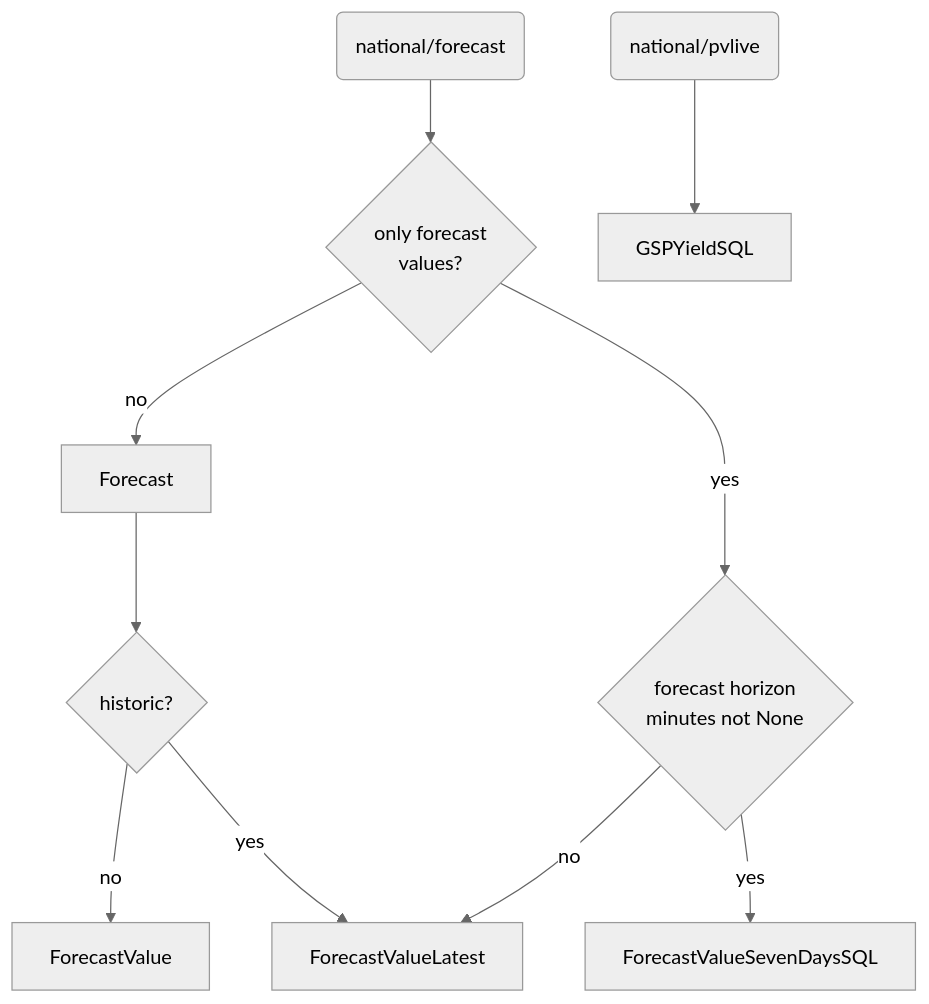
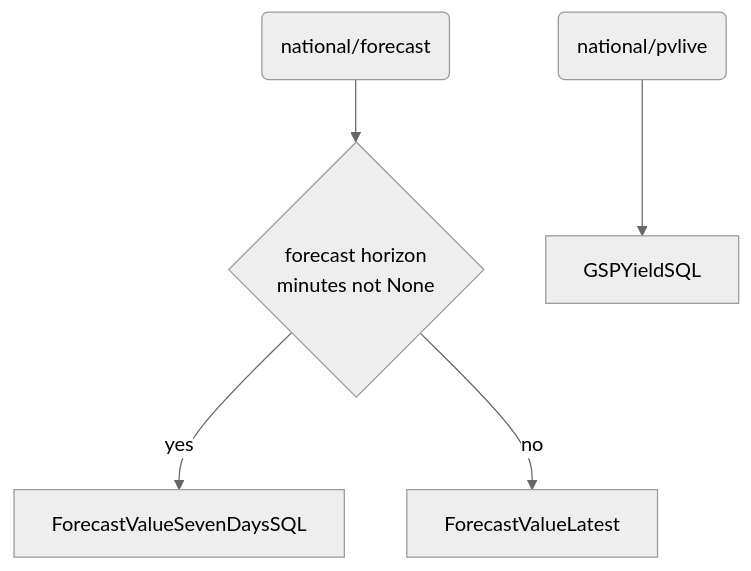
The first of 3 diagrams in README.md (openclimatefix/uk-pv-national-gsp-api), drawn with Mermaid (neutral theme) before and after one commit. The commit also changed other lines of this file, not shown here.

Commit message:
update diagram

````diff
--- a/README.md
+++ b/README.md
@@ -90,16 +90,11 @@
 ```mermaid
   graph TD;
       N1(national/forecast) --> Q1;
-      Q1{only forecast <br> values?} --> |no| N2
-      N2[Forecast] --> Q2;
-      Q1-->|yes|Q3;
-      Q2{historic?}
-      Q2-->|no| N3[ForecastValue];
-      Q2-->|yes| N4[ForecastValueLatest];
-      Q3{forecast horizon <br> minutes not None}
-      Q3-->|yes| N5[ForecastValueSevenDaysSQL];
-      Q3-->|no| N4;
+      N4[ForecastValueLatest];
+      Q1{forecast horizon <br> minutes not None}
+      Q1-->|yes| N5[ForecastValueSevenDaysSQL];
+      Q1-->|no| N4;
 
       NP1(national/pvlive)-->NP2;
       NP2[GSPYieldSQL];
 ```
````
